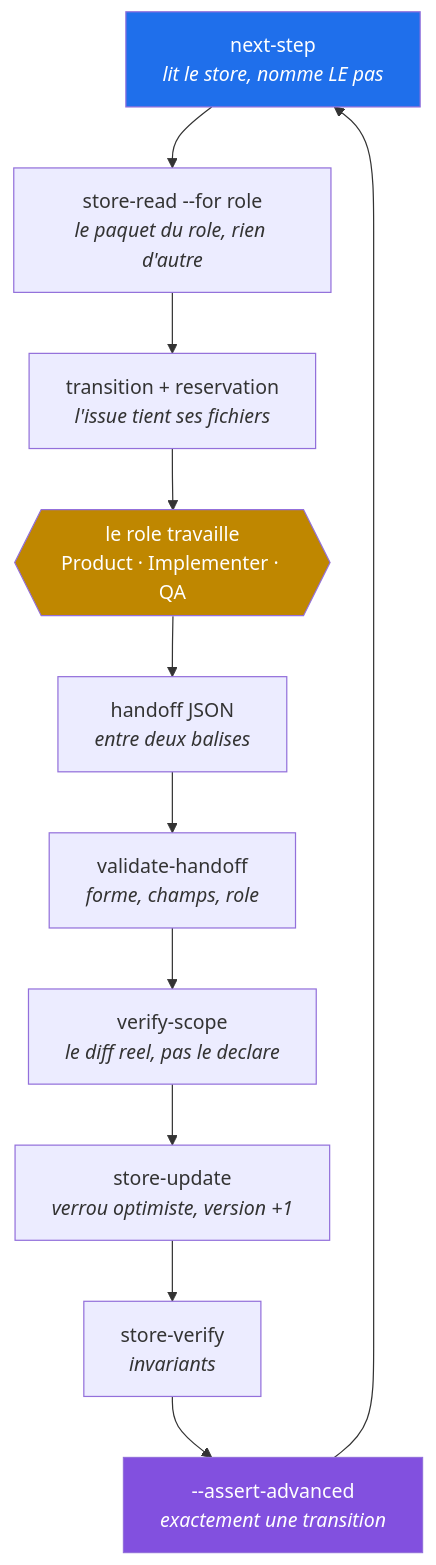
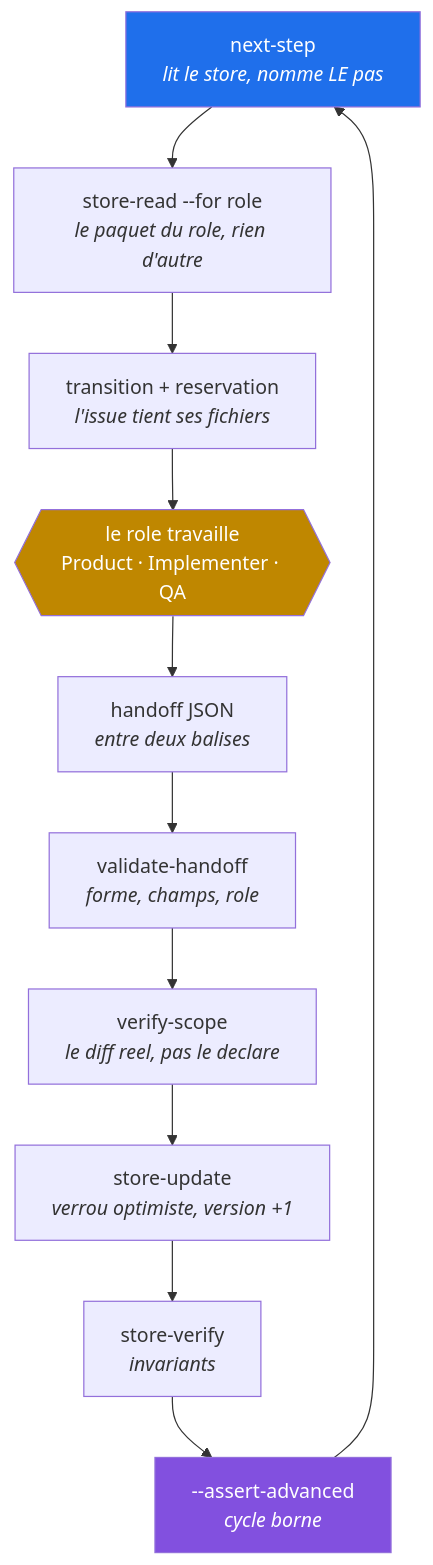
Before and after one commit to HerbertCodex/agent-pipeline: the first of 3 diagrams in docs/operateur.md, drawn with Mermaid. The commit also changed other lines of this file and 37 other files, not shown here.

````diff
--- a/docs/operateur.md
+++ b/docs/operateur.md
@@ -40,17 +40,17 @@
 ```mermaid
 flowchart TD
     A["next-step<br/><i>lit le store, nomme LE pas</i>"] --> B["store-read --for role<br/><i>le paquet du role, rien d'autre</i>"]
     B --> C["transition + reservation<br/><i>l'issue tient ses fichiers</i>"]
     C --> D{{"le role travaille<br/>Product · Implementer · QA"}}
     D --> E["handoff JSON<br/><i>entre deux balises</i>"]
     E --> F["validate-handoff<br/><i>forme, champs, role</i>"]
     F --> G["verify-scope<br/><i>le diff reel, pas le declare</i>"]
     G --> H["store-update<br/><i>verrou optimiste, version +1</i>"]
     H --> I["store-verify<br/><i>invariants</i>"]
-    I --> J["--assert-advanced<br/><i>exactement une transition</i>"]
+    I --> J["--assert-advanced<br/><i>cycle borne</i>"]
     J --> A
 
     style A fill:#1f6feb,color:#fff
     style J fill:#8250df,color:#fff
     style D fill:#bf8700,color:#fff
 ```
````
